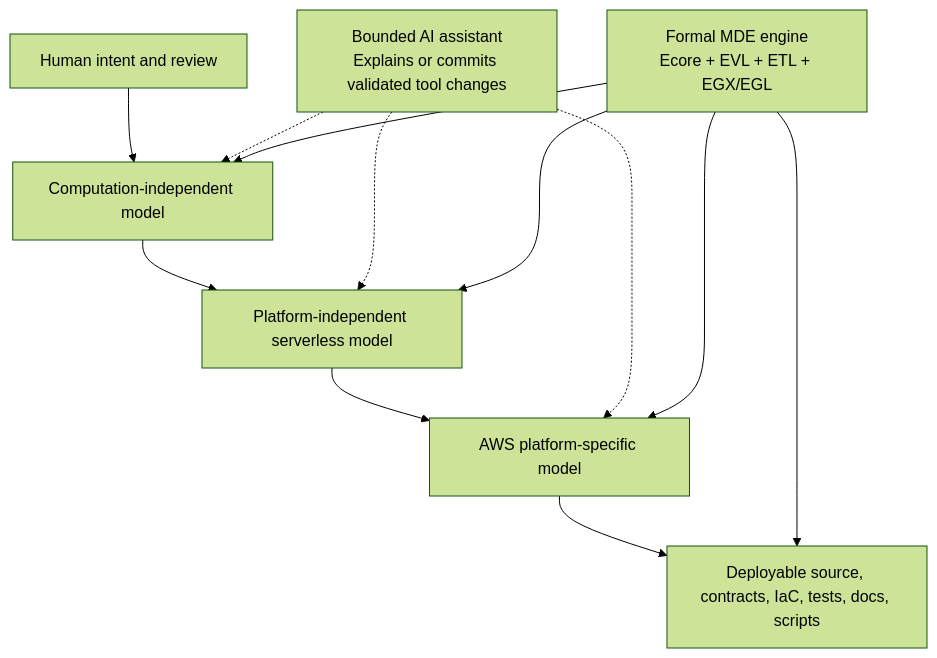
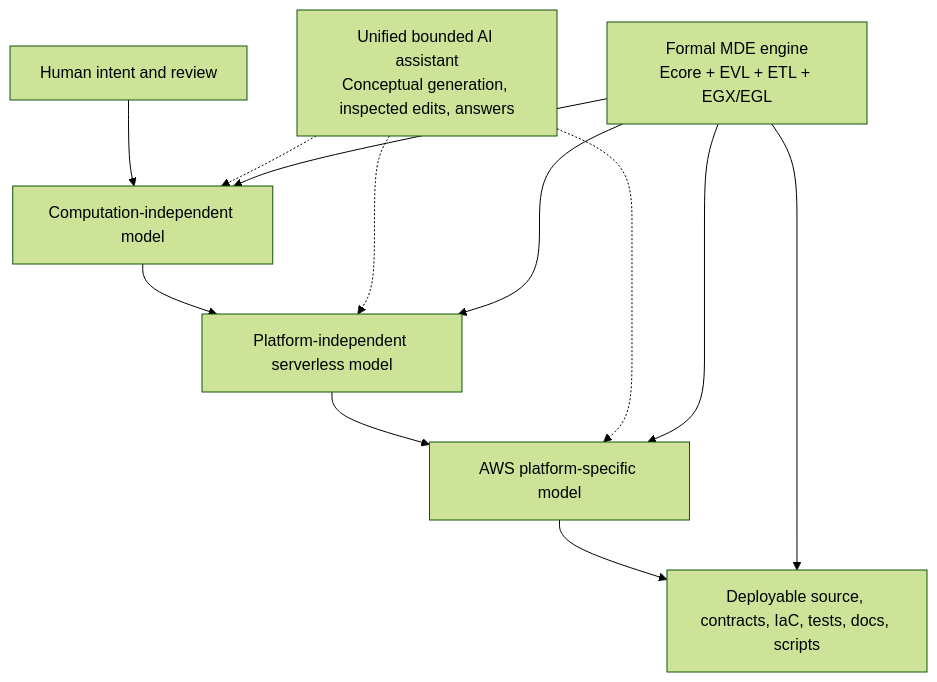
The second of 2 diagrams in docs/diagrams/01-c4-system-context.md (mehdieidi/modriss), drawn with Mermaid (forest theme) before and after one commit. The commit also changed other lines of this file and 66 other files, not shown here.

````diff
--- a/docs/diagrams/01-c4-system-context.md
+++ b/docs/diagrams/01-c4-system-context.md
@@ -27,19 +27,19 @@
 ```mermaid
 flowchart TB
     intent["Human intent and review"]
     cim["Computation-independent model"]
     pim["Platform-independent serverless model"]
     psm["AWS platform-specific model"]
     artifacts["Deployable source, contracts, IaC, tests, docs, scripts"]
-    assistant["Bounded AI assistant<br/>Explains or commits validated tool changes"]
+    assistant["Unified bounded AI assistant<br/>Conceptual generation, inspected edits, answers"]
     formal["Formal MDE engine<br/>Ecore + EVL + ETL + EGX/EGL"]
 
     intent --> cim --> pim --> psm --> artifacts
     assistant -.-> cim
     assistant -.-> pim
     assistant -.-> psm
     formal --> cim
     formal --> pim
     formal --> psm
     formal --> artifacts
 ```
````
